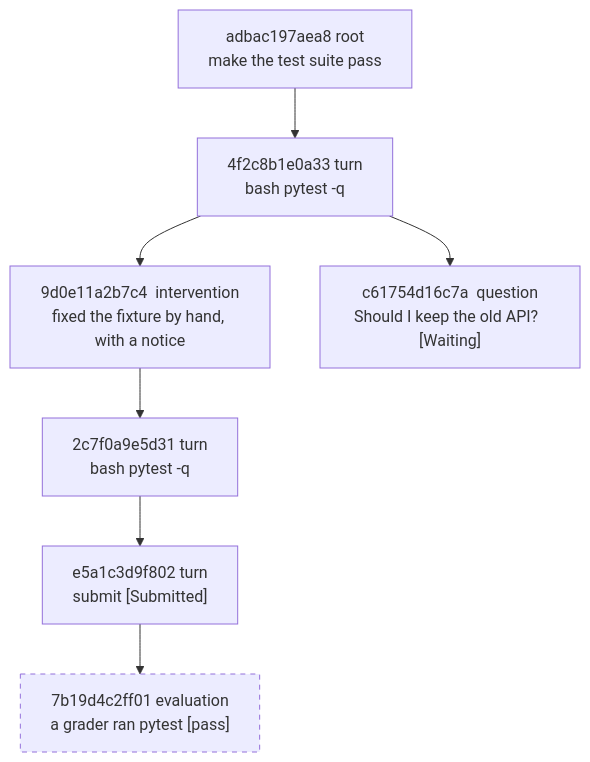
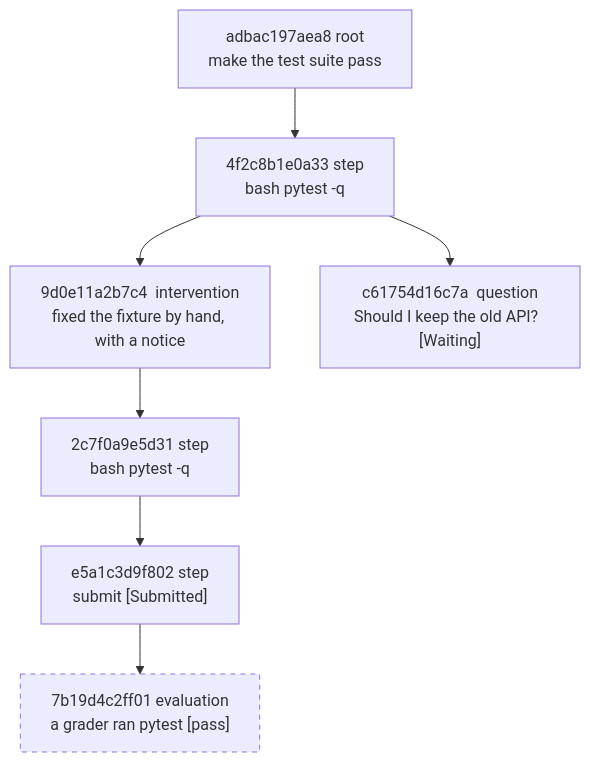
The second of 9 diagrams in docs/trajectory-schema.md (pku-xht/alaya), drawn with Mermaid before and after one commit. The commit also changed other lines of this file and 48 other files, not shown here.

````diff
--- a/docs/trajectory-schema.md
+++ b/docs/trajectory-schema.md
@@ -93,17 +100,17 @@
 ```mermaid
 flowchart TD
   root["adbac197aea8  root<br/>make the test suite pass"]
-  t1["4f2c8b1e0a33  turn<br/>bash pytest -q"]
+  t1["4f2c8b1e0a33  step<br/>bash pytest -q"]
   c["9d0e11a2b7c4  intervention<br/>fixed the fixture by hand, with a notice"]
-  t2["2c7f0a9e5d31  turn<br/>bash pytest -q"]
-  t3["e5a1c3d9f802  turn<br/>submit  [Submitted]"]
+  t2["2c7f0a9e5d31  step<br/>bash pytest -q"]
+  t3["e5a1c3d9f802  step<br/>submit  [Submitted]"]
   ev["7b19d4c2ff01  evaluation<br/>a grader ran pytest  [pass]"]
   q["c61754d16c7a  question<br/>Should I keep the old API?  [Waiting]"]
 
   root --> t1
   t1 --> c --> t2 --> t3 --> ev
   t1 --> q
 
   classDef evalStyle stroke-dasharray: 5 5
   class ev evalStyle
 ```
````
